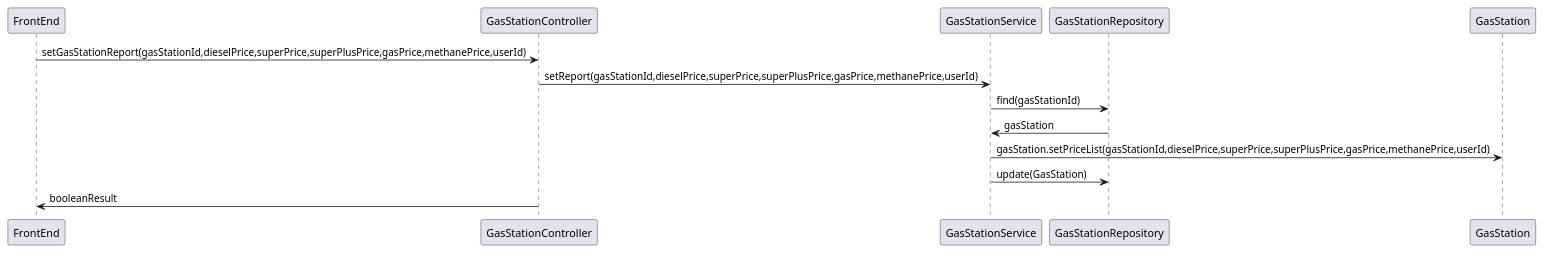
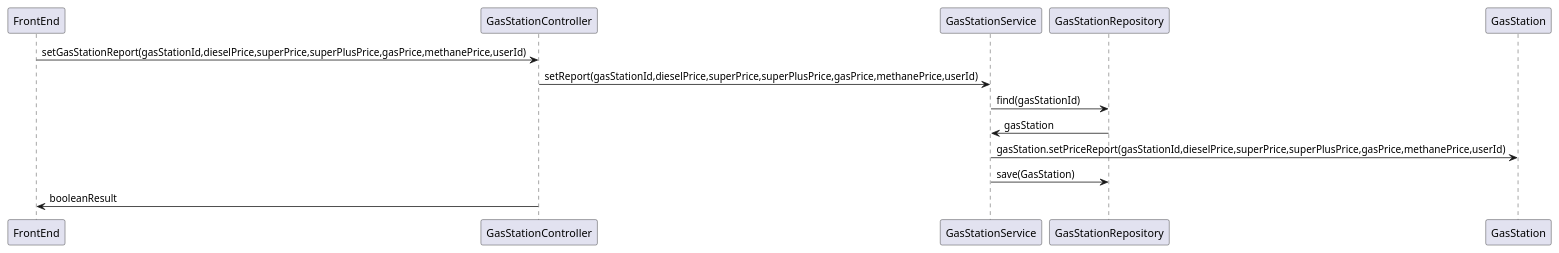
Diagram 11 of 14 in docs/DesignDocument.md (CangaRouter/ExGas), drawn with PlantUML before and after one commit. The commit also changed other lines of this file, not shown here.

````diff
--- a/docs/DesignDocument.md
+++ b/docs/DesignDocument.md
@@ -705,11 +703,11 @@
 ```plantuml
 @startuml
     FrontEnd -> GasStationController : setGasStationReport(gasStationId,dieselPrice,superPrice,superPlusPrice,gasPrice,methanePrice,userId)
     GasStationController -> GasStationService: setReport(gasStationId,dieselPrice,superPrice,superPlusPrice,gasPrice,methanePrice,userId)
     GasStationService -> GasStationRepository: find(gasStationId)
     GasStationRepository -> GasStationService: gasStation
-    GasStationService -> GasStation: gasStation.setPriceList(gasStationId,dieselPrice,superPrice,superPlusPrice,gasPrice,methanePrice,userId)
-    GasStationService -> GasStationRepository: update(GasStation)
+    GasStationService -> GasStation: gasStation.setPriceReport(gasStationId,dieselPrice,superPrice,superPlusPrice,gasPrice,methanePrice,userId)
+    GasStationService -> GasStationRepository: save(GasStation)
     GasStationController -> FrontEnd: booleanResult
 @enduml
 ```
````
